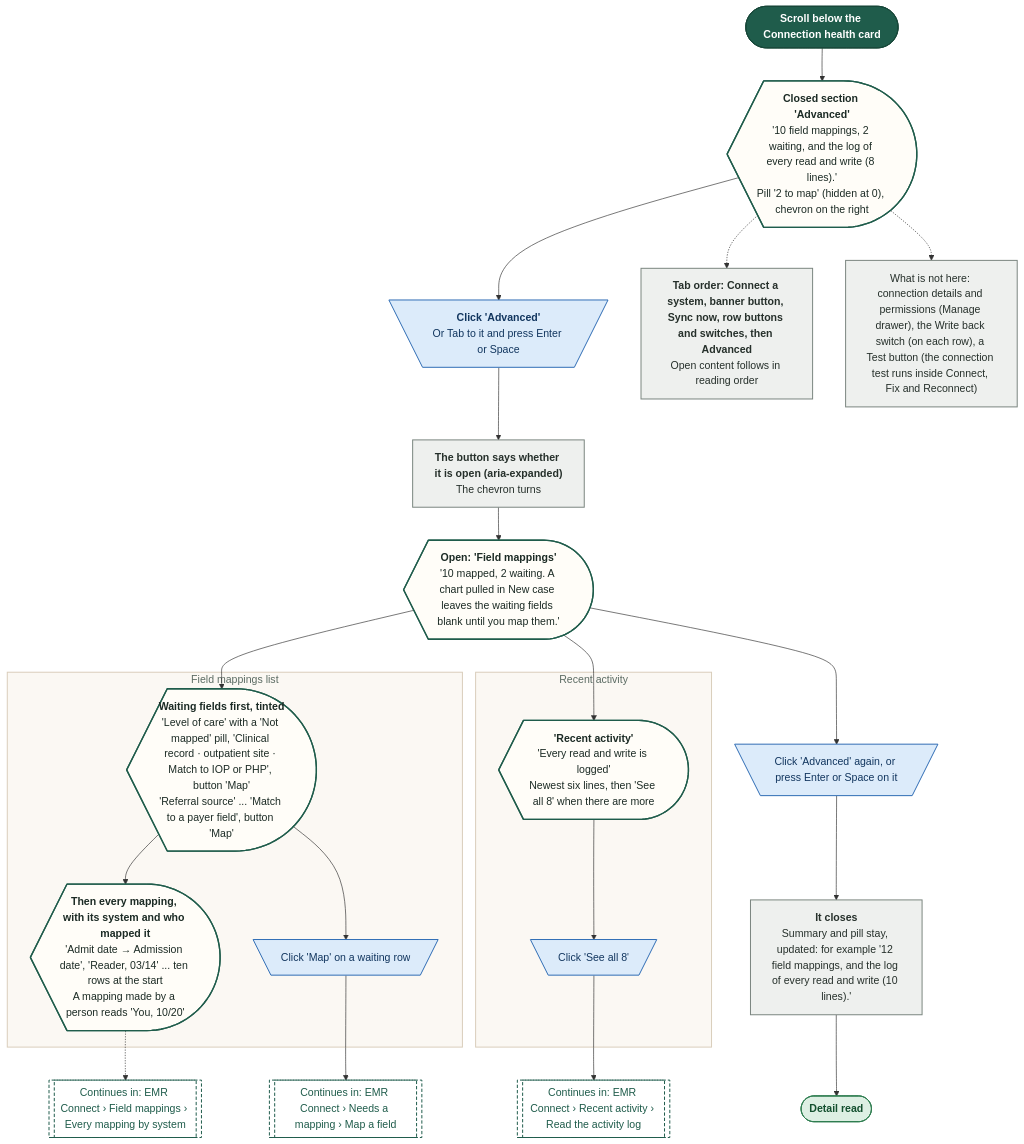
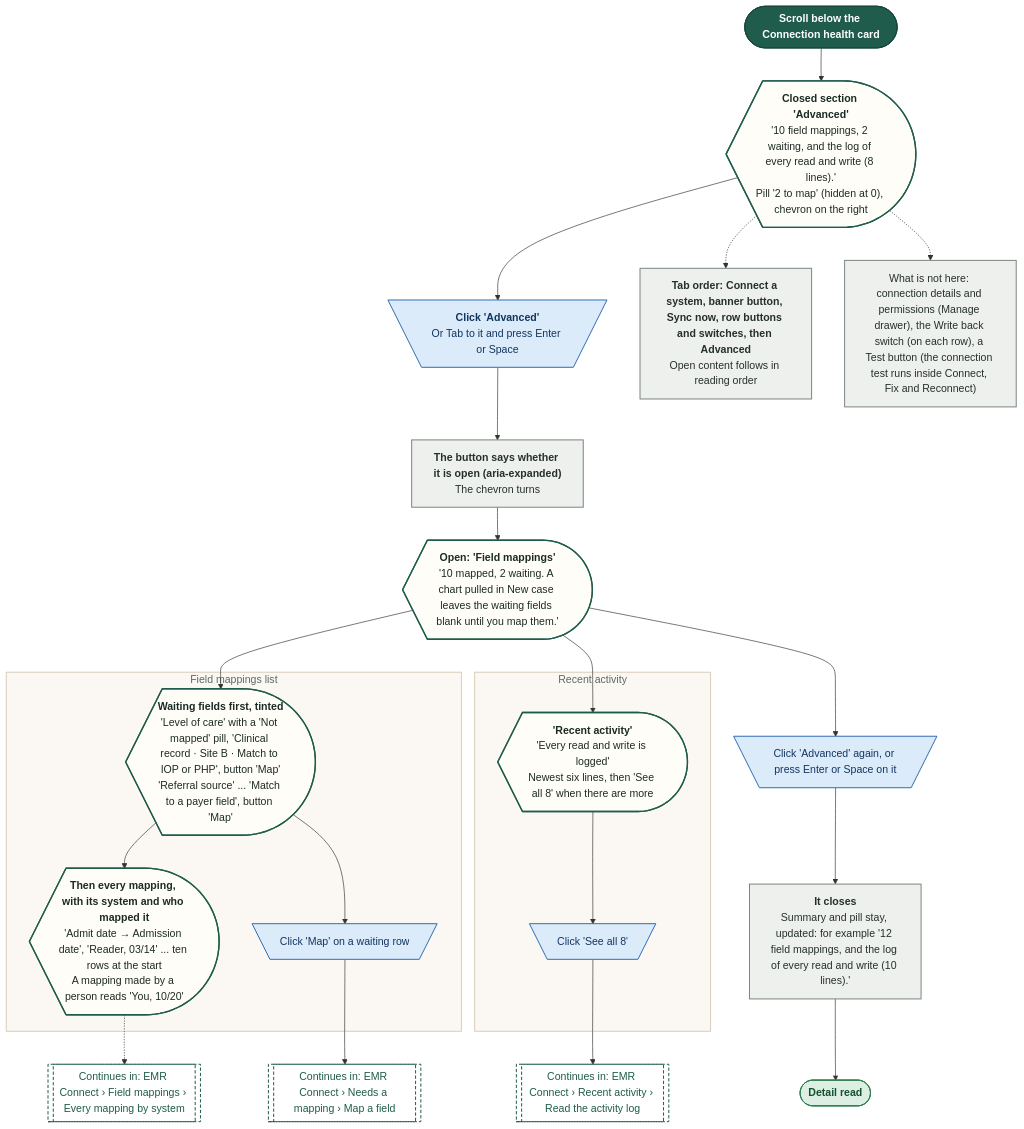
One commit to Shrav143/psyfloapp changed diagram 21 of 21 in demos/prior-auth-demo/workflows/out/md/09-emr-connect.md. Above: the diagram before and after it, drawn with Mermaid. The commit also changed other lines of this file and 251 other files, not shown here.

First line of the commit message:
docs: rebuild the workflow diagrams (291) for round 4

````diff
--- a/demos/prior-auth-demo/workflows/out/md/09-emr-connect.md
+++ b/demos/prior-auth-demo/workflows/out/md/09-emr-connect.md
@@ -1565,58 +1648,58 @@
 ```mermaid
 %%{init: {"theme":"base","themeVariables":{"fontFamily":"'DM Sans', 'Segoe UI', system-ui, sans-serif","fontSize":"15px","lineColor":"#5B6B63","primaryTextColor":"#1C2B25","clusterBkg":"#FBF8F3","clusterBorder":"#D9CDBB","edgeLabelBackground":"#FFFFFF"},"flowchart":{"curve":"basis","nodeSpacing":36,"rankSpacing":48,"padding":12,"htmlLabels":true,"useMaxWidth":false,"wrappingWidth":230}} }%%
 flowchart TD
   classDef k_start fill:#1F5C4B,stroke:#174638,color:#FFFFFF,stroke-width:1.5px,font-weight:600
   classDef k_end fill:#DDEFE3,stroke:#2E7D4F,color:#14502F,stroke-width:1.5px,font-weight:600
   classDef k_endx fill:#FBE3E0,stroke:#C0392B,color:#7A1F16,stroke-width:1.5px,font-weight:600
   classDef k_screen fill:#FFFDF8,stroke:#1F5C4B,color:#1C2B25,stroke-width:2px
   classDef k_overlay fill:#F1F7F3,stroke:#1F5C4B,color:#1C2B25,stroke-width:2px,stroke-dasharray:5 3
   classDef k_click fill:#DCEBFA,stroke:#2F6DB5,color:#12365F,stroke-width:1.5px
   classDef k_input fill:#E4E7FF,stroke:#4C5FD5,color:#1D2670,stroke-width:1.5px
   classDef k_process fill:#EEF0EE,stroke:#7A857F,color:#26302B,stroke-width:1.5px
   classDef k_agent fill:#EEE5FA,stroke:#7A4FC2,color:#341A63,stroke-width:1.5px
   classDef k_decision fill:#FFF0CC,stroke:#D9962B,color:#5C3B00,stroke-width:1.5px
   classDef k_store fill:#D5F0EA,stroke:#1C8E7B,color:#0B4A3F,stroke-width:1.5px
   classDef k_doc fill:#F6E9DC,stroke:#B07A4C,color:#4A2E14,stroke-width:1.5px
   classDef k_ext fill:#FFE6D2,stroke:#E07B39,color:#6B2F06,stroke-width:1.5px
   classDef k_wait fill:#E4E8EE,stroke:#6B7C93,color:#26303D,stroke-width:1.5px
   classDef k_toast fill:#FFF9DB,stroke:#C9A400,color:#5A4A00,stroke-width:1.5px
   classDef k_goto fill:#FFFFFF,stroke:#1F5C4B,color:#1F5C4B,stroke-width:1.5px,stroke-dasharray:5 3
   s1@{ shape: stadium, label: "Scroll below the Connection health card" }
   sc@{ shape: curv-trap, label: "<b>Closed section 'Advanced'</b><br/>'10 field mappings, 2 waiting, and the log of every read and write (8 lines).'<br/>Pill '2 to map' (hidden at 0), chevron on the right" }
   k1@{ shape: trap-t, label: "<b>Click 'Advanced'</b><br/>Or Tab to it and press Enter or Space" }
   p1@{ shape: rect, label: "<b>The button says whether it is open (aria-expanded)</b><br/>The chevron turns" }
   o1@{ shape: curv-trap, label: "<b>Open: 'Field mappings'</b><br/>'10 mapped, 2 waiting. A chart pulled in New case leaves the waiting fields blank until you map them.'" }
   subgraph gMap ["Field mappings list"]
-  m1@{ shape: curv-trap, label: "<b>Waiting fields first, tinted</b><br/>'Level of care' with a 'Not mapped' pill, 'Clinical record · outpatient site · Match to IOP or PHP', button 'Map'<br/>'Referral source' ... 'Match to a payer field', button 'Map'" }
+  m1@{ shape: curv-trap, label: "<b>Waiting fields first, tinted</b><br/>'Level of care' with a 'Not mapped' pill, 'Clinical record · Site B · Match to IOP or PHP', button 'Map'<br/>'Referral source' ... 'Match to a payer field', button 'Map'" }
   m2@{ shape: curv-trap, label: "<b>Then every mapping, with its system and who mapped it</b><br/>'Admit date → Admission date', 'Reader, 03/14' ... ten rows at the start<br/>A mapping made by a person reads 'You, 10/20'" }
   m3@{ shape: trap-t, label: "Click 'Map' on a waiting row" }
   end
   gm@{ shape: subproc, label: "Continues in: EMR Connect › Needs a mapping › Map a field" }
   gm2@{ shape: subproc, label: "Continues in: EMR Connect › Field mappings › Every mapping by system" }
   subgraph gLog ["Recent activity"]
   l1@{ shape: curv-trap, label: "<b>'Recent activity'</b><br/>'Every read and write is logged'<br/>Newest six lines, then 'See all 8' when there are more" }
   l2@{ shape: trap-t, label: "Click 'See all 8'" }
   end
   gl@{ shape: subproc, label: "Continues in: EMR Connect › Recent activity › Read the activity log" }
   k2@{ shape: trap-t, label: "Click 'Advanced' again, or press Enter or Space on it" }
   p2@{ shape: rect, label: "<b>It closes</b><br/>Summary and pill stay, updated: for example '12 field mappings, and the log of every read and write (10 lines).'" }
   p3@{ shape: rect, label: "<b>Tab order: Connect a system, banner button, Sync now, row buttons and switches, then Advanced</b><br/>Open content follows in reading order" }
   p4@{ shape: rect, label: "What is not here: connection details and permissions (Manage drawer), the Write back switch (on each row), a Test button (the connection test runs inside Connect, Fix and Reconnect)" }
   e1@{ shape: stadium, label: "Detail read" }
   s1 --> sc --> k1 --> p1 --> o1
   o1 --> m1 --> m2
   m1 --> m3 --> gm
   m2 -.-> gm2
   o1 --> l1 --> l2 --> gl
   sc -.-> p3
   o1 --> k2 --> p2 --> e1
   sc -.-> p4
   class s1 k_start
   class sc,o1,m1,m2,l1 k_screen
   class k1,m3,l2,k2 k_click
   class p1,p2,p3,p4 k_process
   class gm,gm2,gl k_goto
   class e1 k_end
   style gMap fill:#FBF8F3,stroke:#D9CDBB,stroke-width:1.5px,color:#5B6B63
   style gLog fill:#FBF8F3,stroke:#D9CDBB,stroke-width:1.5px,color:#5B6B63
 ```
````
